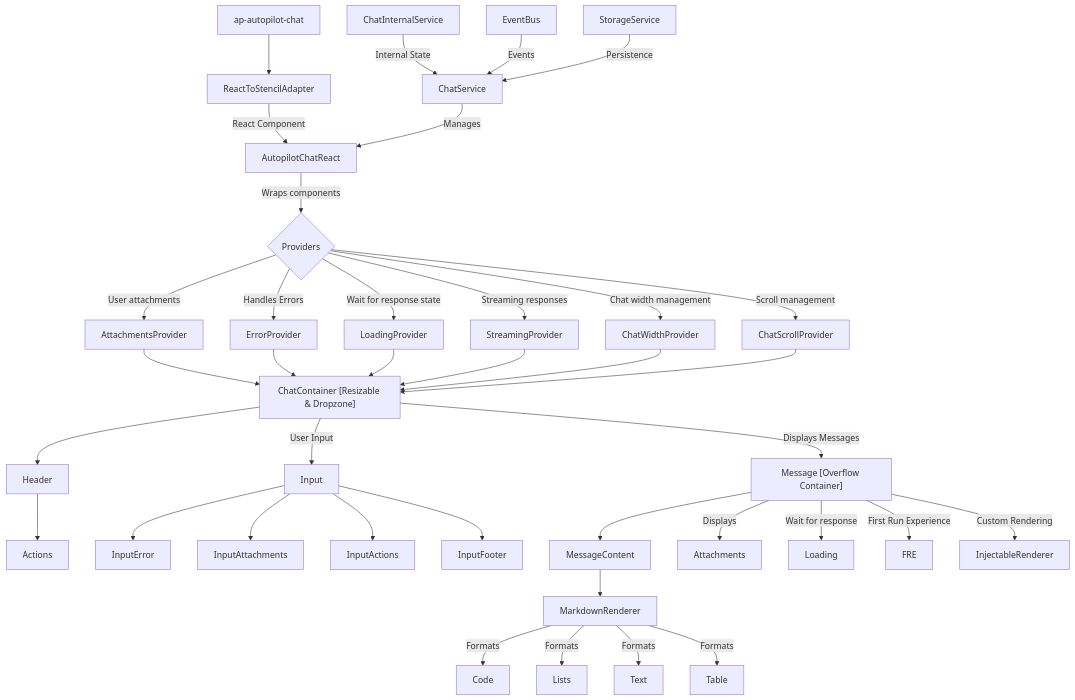
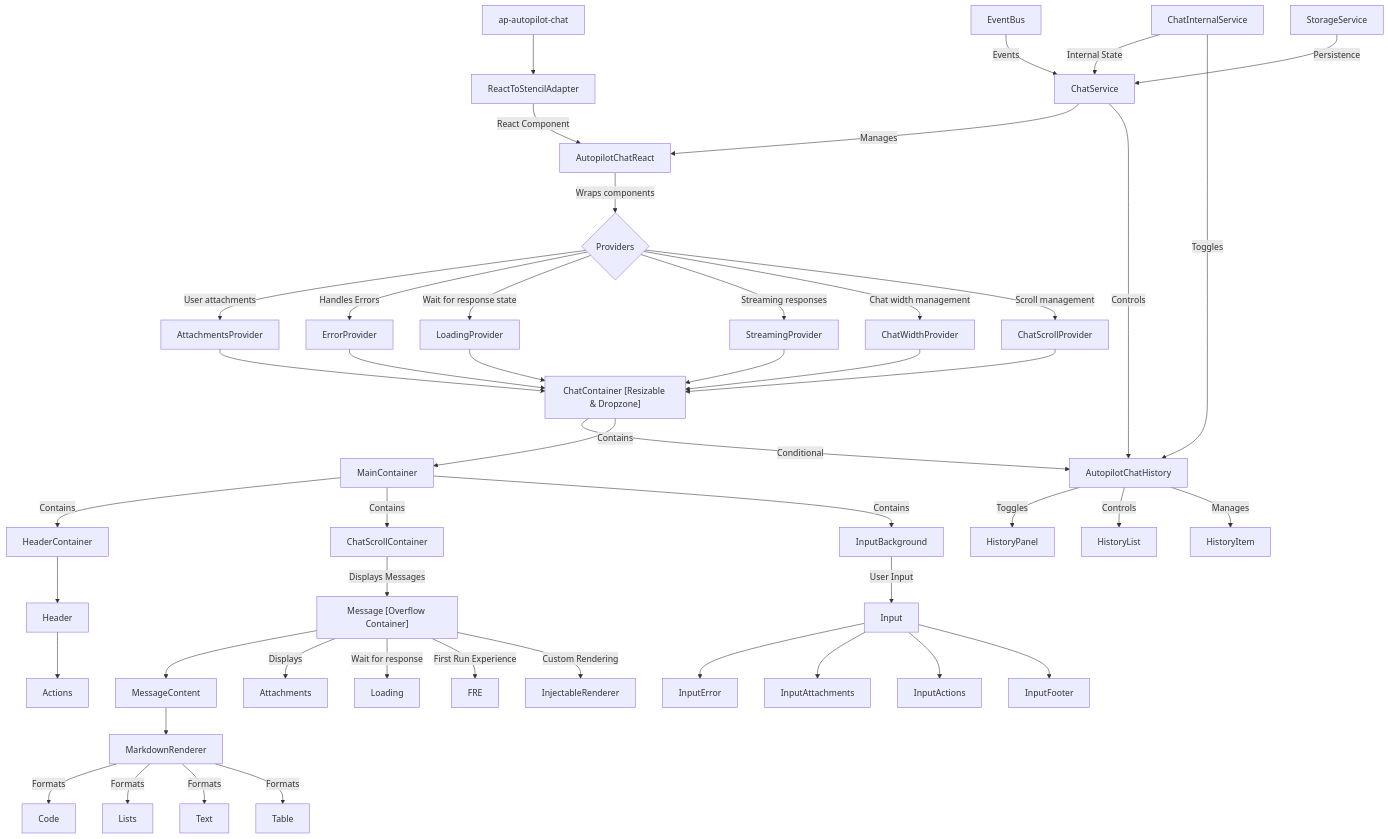
The diagram in packages/apollo-react/src/material/components/ap-chat/DOCS.md (UiPath/apollo-ui), drawn with Mermaid before and after one commit. The commit also changed other lines of this file and 14 other files, not shown here.

````diff
--- a/packages/apollo-react/src/material/components/ap-chat/DOCS.md
+++ b/packages/apollo-react/src/material/components/ap-chat/DOCS.md
@@ -544,56 +595,72 @@
 ```mermaid
 graph TD
     %% Main Components
     A[ap-autopilot-chat] --> B[ReactToStencilAdapter]
     B -->|React Component| C[AutopilotChatReact]
 
     %% Main Container Structure
     C -->|Wraps components| D{Providers}
     
     %% Providers
     D -->|User attachments| E[AttachmentsProvider]
     D -->|Handles Errors| F[ErrorProvider]
     D -->|Wait for response state| G[LoadingProvider]
     D -->|Streaming responses| H[StreamingProvider]
     D -->|Chat width management| I[ChatWidthProvider]
     D -->|Scroll management| J[ChatScrollProvider]
 
     %% Chat Container
     E --> K["ChatContainer [Resizable & Dropzone]"]
     F --> K
     G --> K
     H --> K
     I --> K
     J --> K
 
+    %% History Component
+    K -->|Conditional| AH[AutopilotChatHistory]
+    AH -->|Toggles| AI[HistoryPanel]
+    AH -->|Controls| AJ[HistoryList]
+    AH -->|Manages| AK[HistoryItem]
+
+    %% Main Content Container
+    K -->|Contains| AL[MainContainer]
+    AL -->|Contains| AM[HeaderContainer]
+    AL -->|Contains| AN[ChatScrollContainer]
+    AL -->|Contains| AO[InputBackground]
+
     %% Header
-    K --> L[Header]
+    AM --> L[Header]
     L --> M[Actions]
 
     %% Input Section
-    K -->|User Input| N[Input]
+    AO -->|User Input| N[Input]
     N --> O[InputError]
     N --> P[InputAttachments]
     N --> Q[InputActions]
     N --> R[InputFooter]
 
     %% Message Section
-    K -->|Displays Messages| S["Message [Overflow Container]"]
+    AN -->|Displays Messages| S["Message [Overflow Container]"]
     S --> T[MessageContent]
     T --> U[MarkdownRenderer]
     U -->|Formats| V[Code]
     U -->|Formats| W[Lists]
     U -->|Formats| X[Text]
     U -->|Formats| Y[Table]
     
     S -->|Displays| Z[Attachments]
     S -->|Wait for response| AA[Loading]
     S -->|First Run Experience| AB[FRE]
     S -->|Custom Rendering| AC[InjectableRenderer]
 
     %% Services
     AD[ChatService] -->|Manages| C
     AE[ChatInternalService] -->|Internal State| AD
     AF[EventBus] -->|Events| AD
     AG[StorageService] -->|Persistence| AD
+
+    %% History State Management
+    AD -->|Controls| AH
+    AE -->|Toggles| AH
 ```
````
